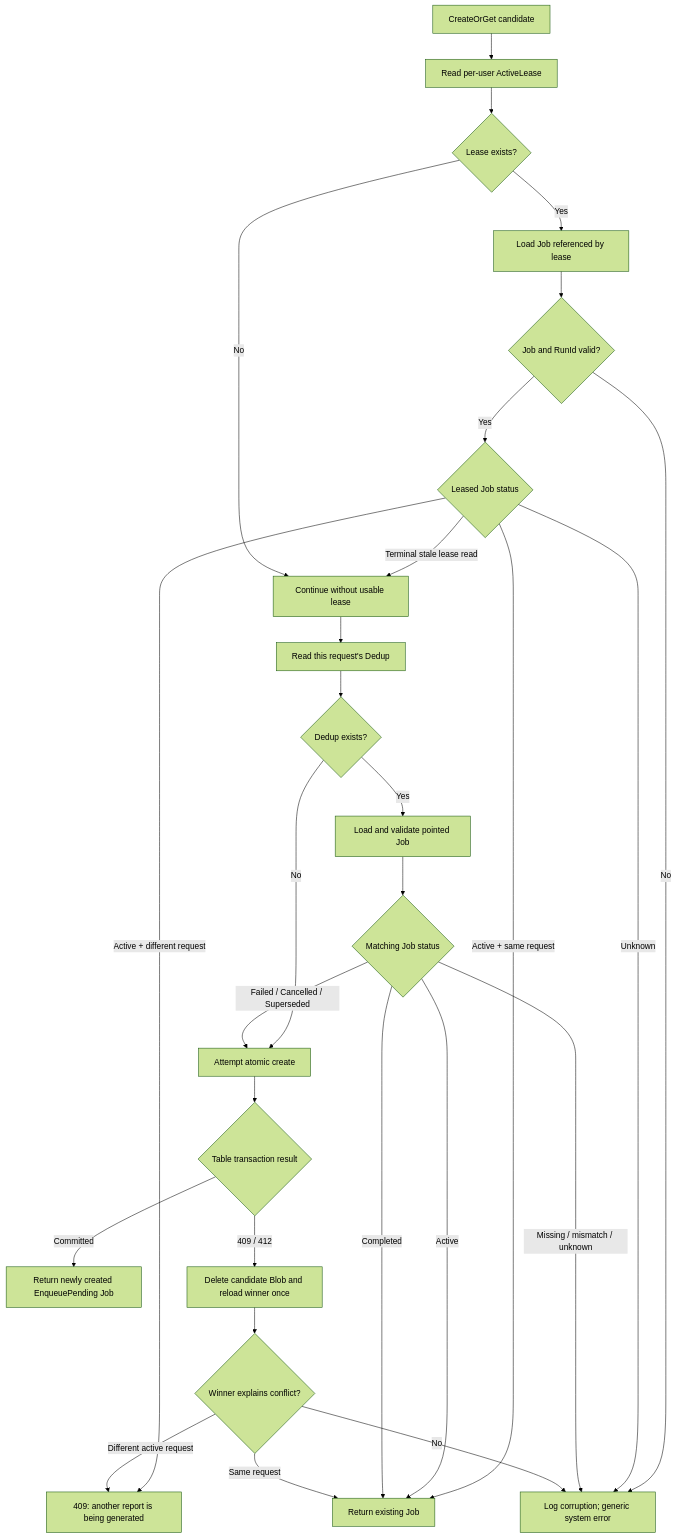
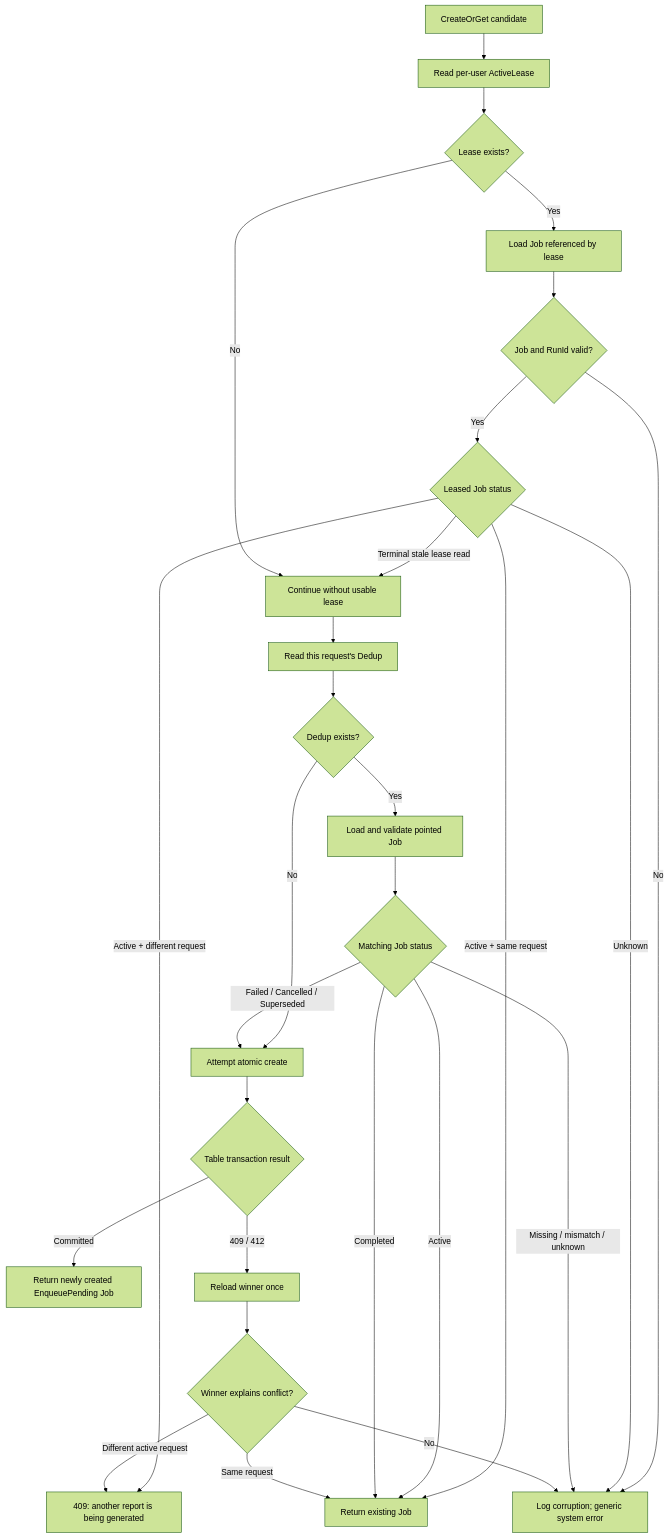
The diagram in notes/trend-report-create-or-get-cases.md (Daniel-Wei/liftBattery), drawn with Mermaid (forest theme) before and after one commit. The commit also changed other lines of this file and 17 other files, not shown here.

````diff
--- a/notes/trend-report-create-or-get-cases.md
+++ b/notes/trend-report-create-or-get-cases.md
@@ -204,32 +204,32 @@
 ```mermaid
 flowchart TD
     A["CreateOrGet candidate"] --> B["Read per-user ActiveLease"]
     B --> C{"Lease exists?"}
     C -- "Yes" --> D["Load Job referenced by lease"]
     D --> E{"Job and RunId valid?"}
     E -- "No" --> X["Log corruption; generic system error"]
     E -- "Yes" --> F{"Leased Job status"}
     F -- "Active + same request" --> R["Return existing Job"]
     F -- "Active + different request" --> K["409: another report is being generated"]
     F -- "Terminal stale lease read" --> G["Continue without usable lease"]
     F -- "Unknown" --> X
     C -- "No" --> G
 
     G --> H["Read this request's Dedup"]
     H --> I{"Dedup exists?"}
     I -- "No" --> N["Attempt atomic create"]
     I -- "Yes" --> J["Load and validate pointed Job"]
     J --> L{"Matching Job status"}
     L -- "Active" --> R
     L -- "Completed" --> R
     L -- "Failed / Cancelled / Superseded" --> N
     L -- "Missing / mismatch / unknown" --> X
 
     N --> O{"Table transaction result"}
     O -- "Committed" --> P["Return newly created EnqueuePending Job"]
-    O -- "409 / 412" --> Q["Delete candidate Blob and reload winner once"]
+    O -- "409 / 412" --> Q["Reload winner once"]
     Q --> S{"Winner explains conflict?"}
     S -- "Same request" --> R
     S -- "Different active request" --> K
     S -- "No" --> X
 ```
````
